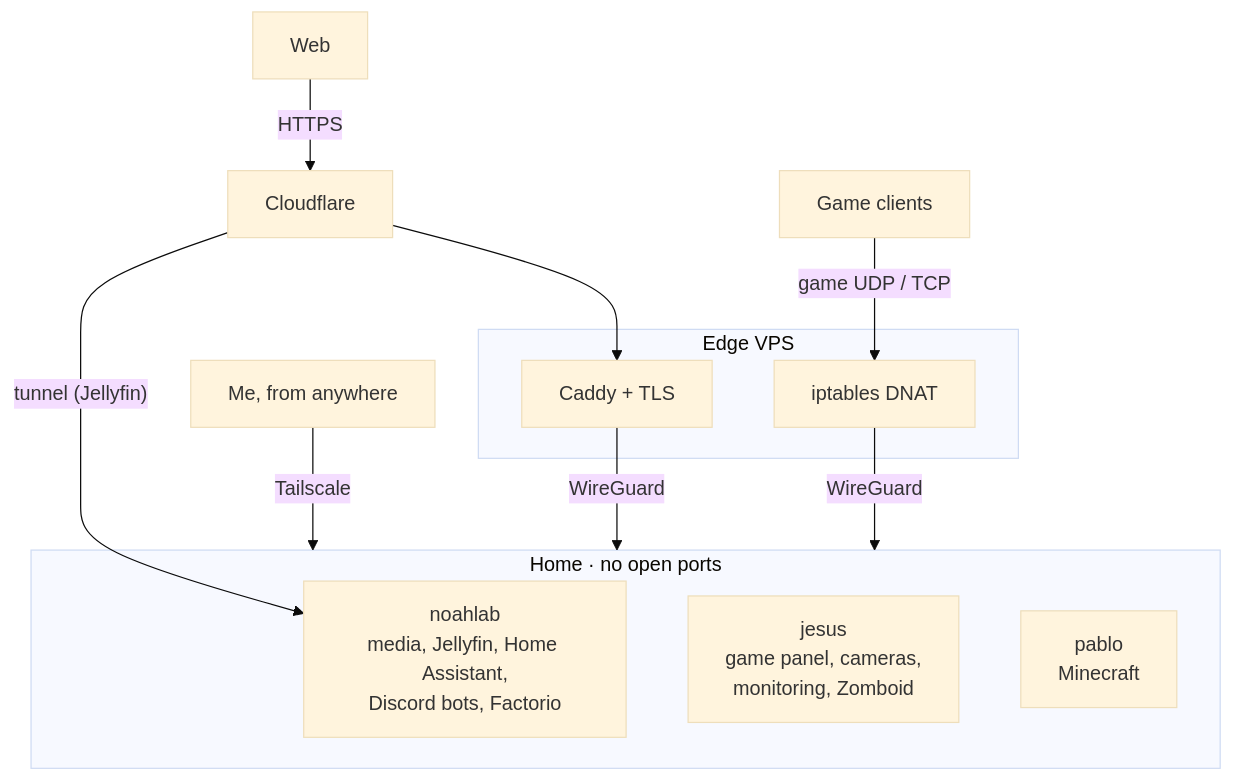
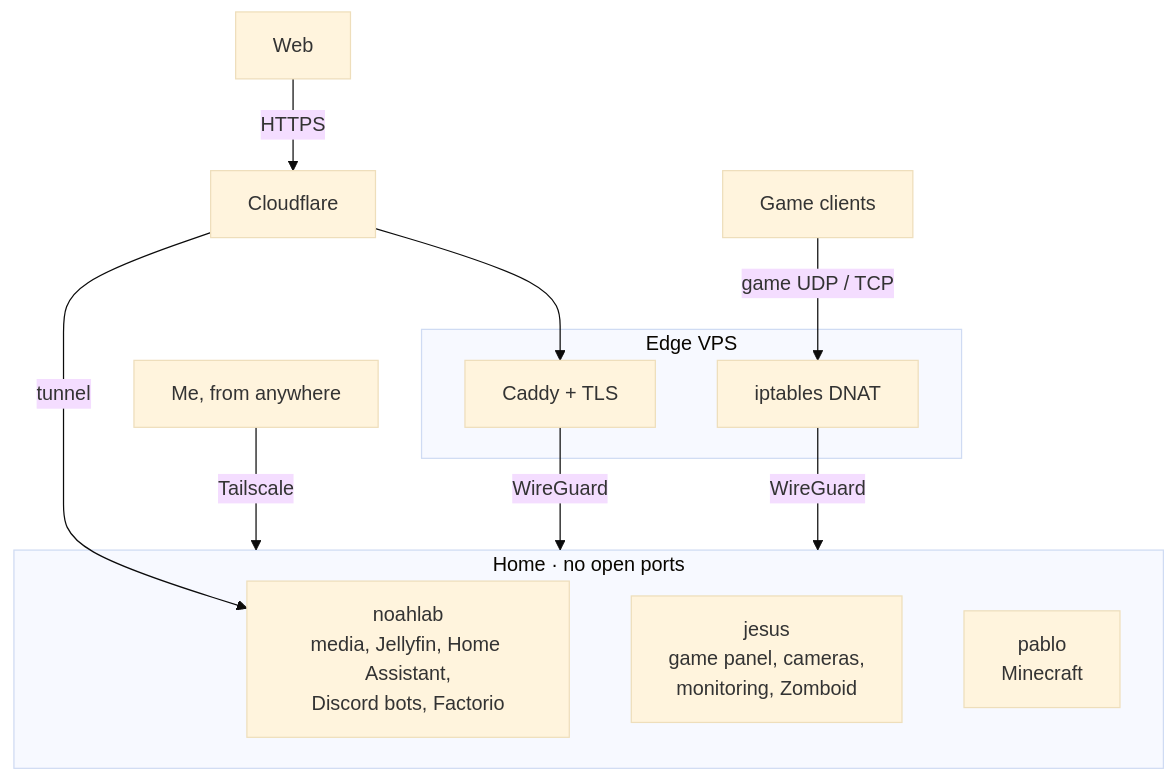
The diagram in README.md (Milkhaus-tech/homelab), drawn with Mermaid (base theme) before and after one commit. The commit also changed other lines of this file and 19 other files, not shown here.

````diff
--- a/README.md
+++ b/README.md
@@ -17,23 +17,23 @@
 ```mermaid
 flowchart TB
     web["Web"] -->|HTTPS| cf["Cloudflare"]
     game["Game clients"] -->|"game UDP / TCP"| dnat
     me["Me, from anywhere"] -->|Tailscale| home
 
     cf --> caddy
-    cf -->|"tunnel (Jellyfin)"| noahlab
+    cf -->|"tunnel"| noahlab
 
     subgraph vps["Edge VPS"]
         caddy["Caddy + TLS"]
         dnat["iptables DNAT"]
     end
 
     caddy -->|WireGuard| home
     dnat -->|WireGuard| home
 
     subgraph home["Home · no open ports"]
         noahlab["noahlab<br/>media, Jellyfin, Home Assistant,<br/>Discord bots, Factorio"]
         jesus["jesus<br/>game panel, cameras,<br/>monitoring, Zomboid"]
         pablo["pablo<br/>Minecraft"]
     end
 ```
````
